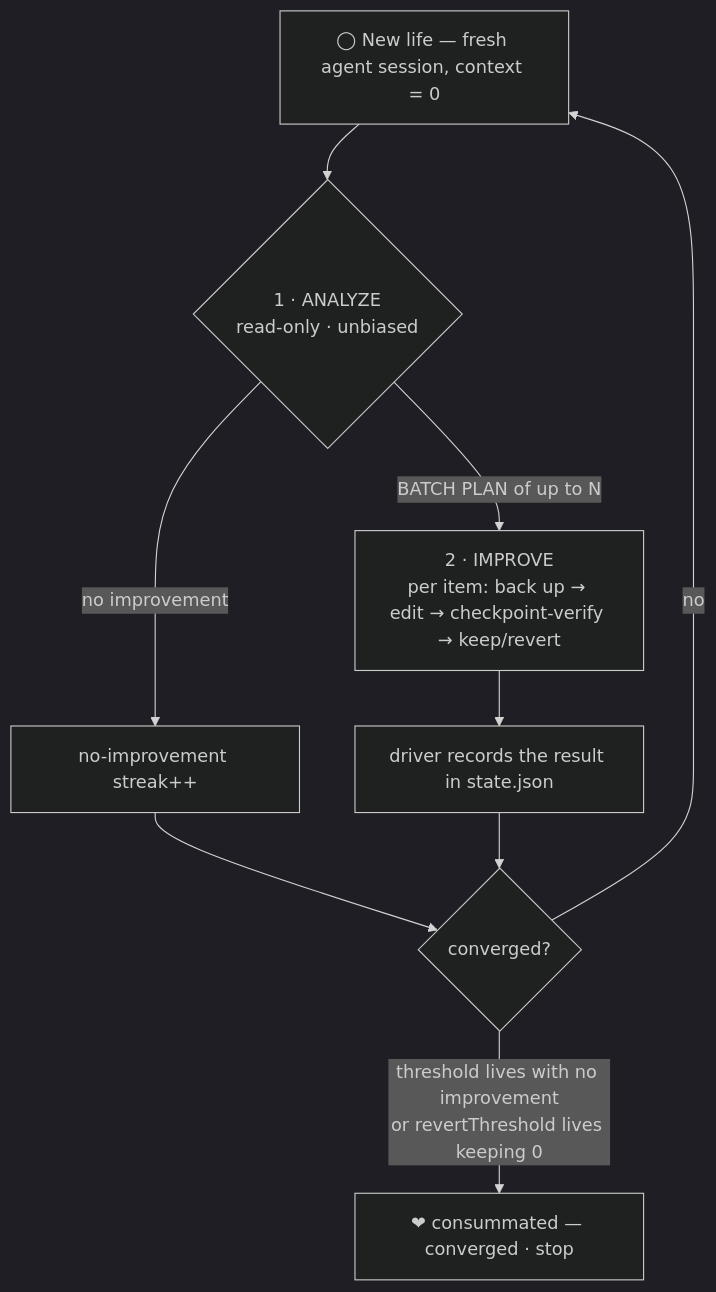
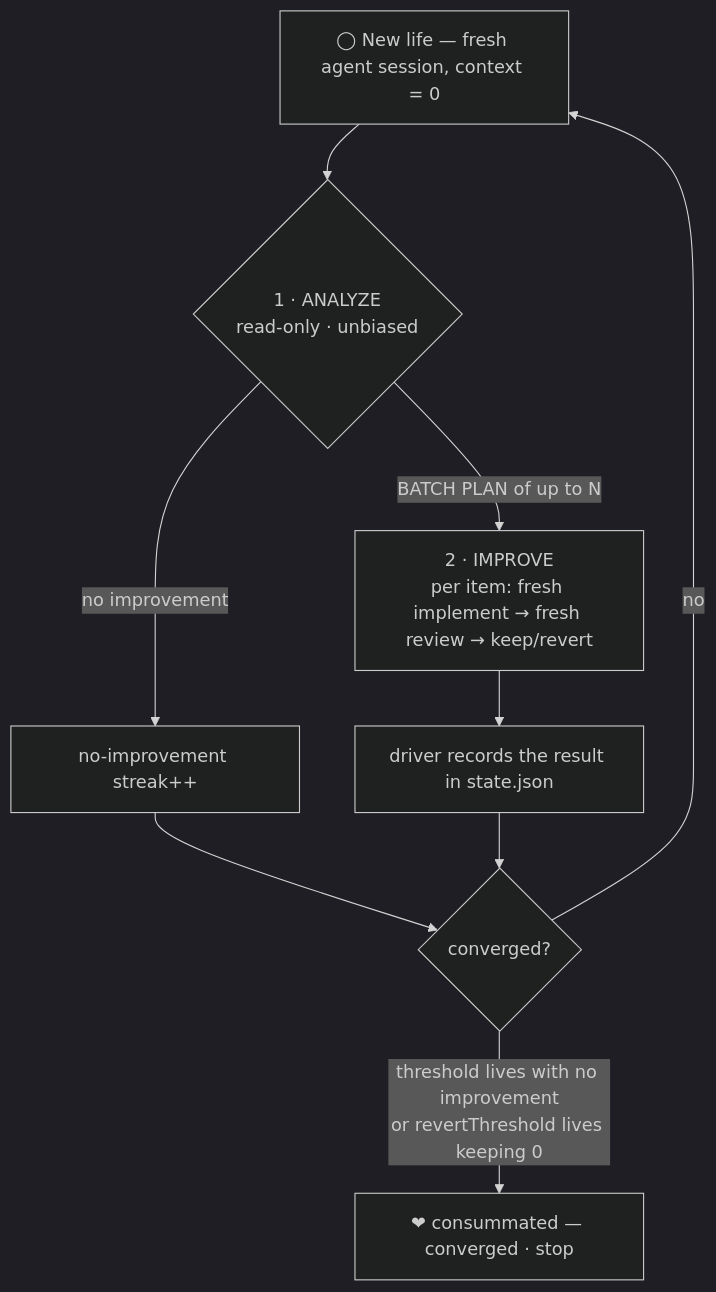
One commit to owjs3901/retry-now changed the diagram in README.md. Above: the diagram before and after it, drawn with Mermaid (dark theme). The commit also changed other lines of this file and 44 other files, not shown here.

````diff
--- a/README.md
+++ b/README.md
@@ -57,11 +57,11 @@
 ```mermaid
 flowchart TD
     A["◯ New life — fresh agent session, context = 0"] --> B{"1 · ANALYZE<br/>read-only · unbiased"}
     B -->|"no improvement"| C["no-improvement streak++"]
-    B -->|"BATCH PLAN of up to N"| D["2 · IMPROVE<br/>per item: back up → edit → checkpoint-verify → keep/revert"]
+    B -->|"BATCH PLAN of up to N"| D["2 · IMPROVE<br/>per item: fresh implement → fresh review → keep/revert"]
     D --> E["driver records the result in state.json"]
     C --> F{"converged?"}
     E --> F
     F -->|"no"| A
     F -->|"threshold lives with no improvement<br/>or revertThreshold lives keeping 0"| G["❤ consummated — converged · stop"]
 ```
````
